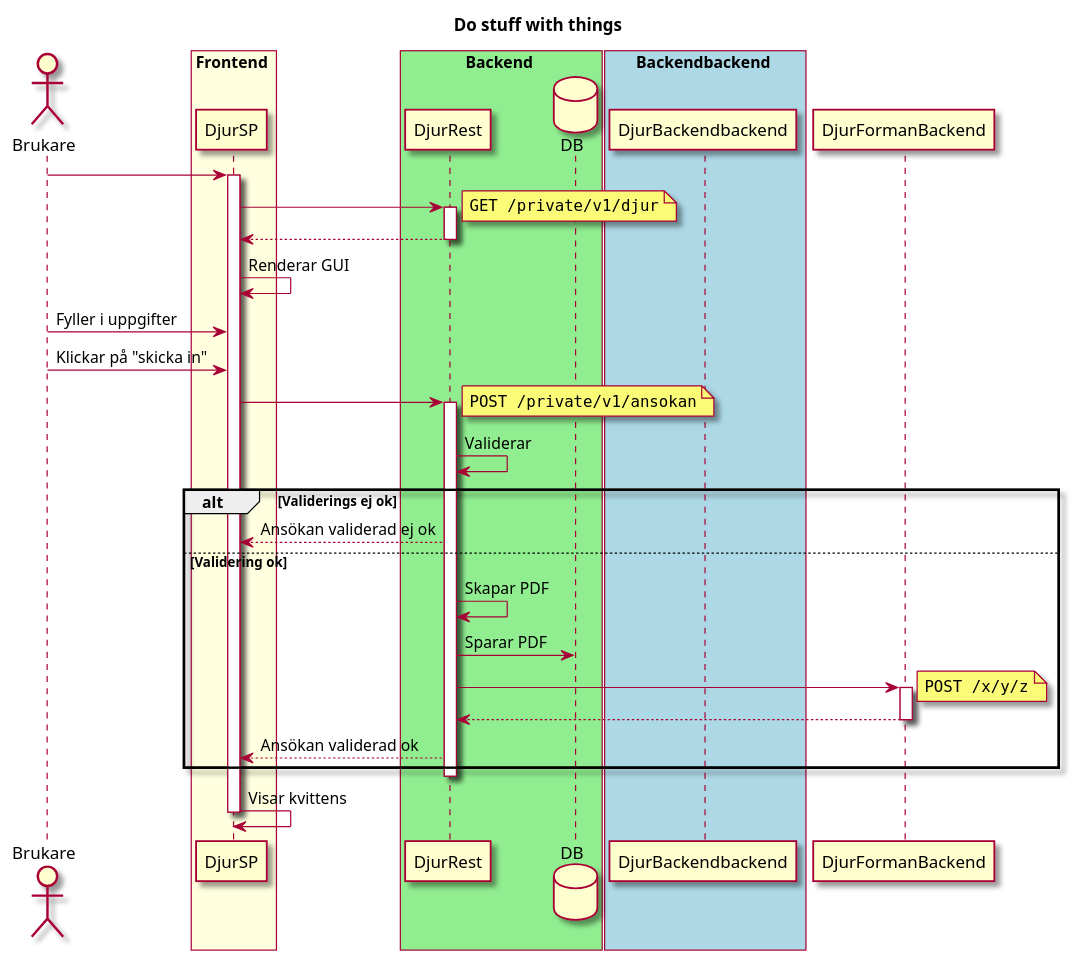
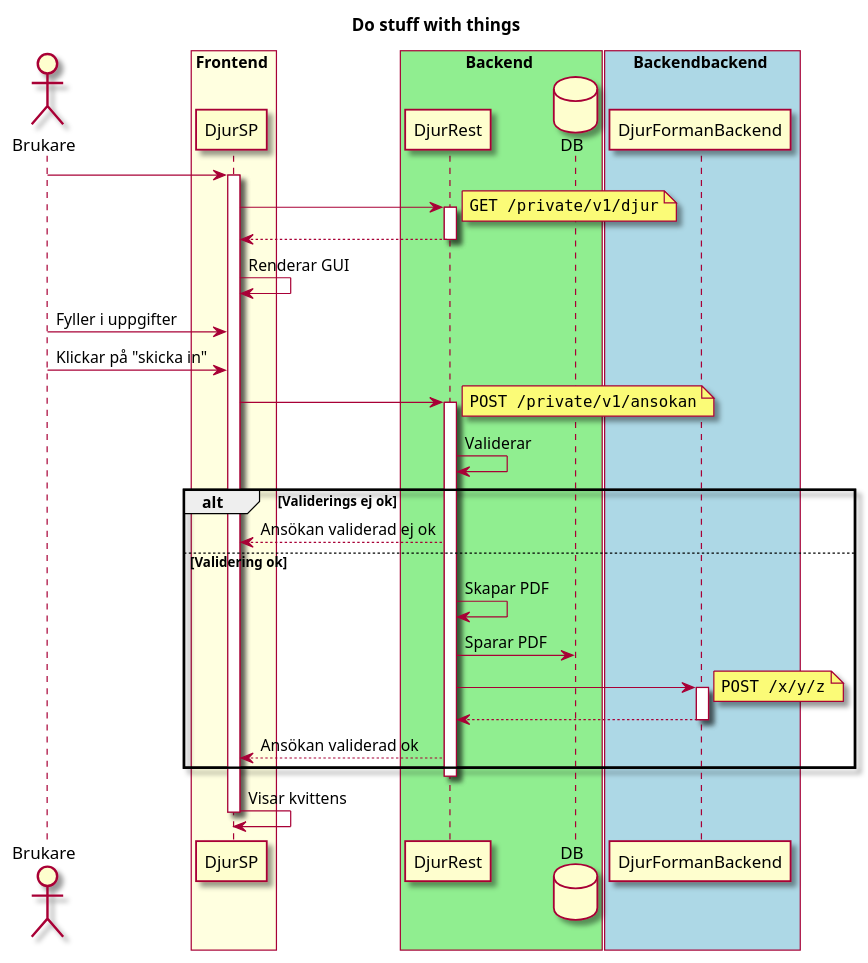
The diagram in docs/sequence-diagram.plantuml (Forsakringskassan/template-jar), drawn with PlantUML before and after one commit.

```diff
--- a/docs/sequence-diagram.plantuml
+++ b/docs/sequence-diagram.plantuml
@@ -1,58 +1,58 @@
 @startuml sequence-diagram
 title Do stuff with things
 
 skin rose
 
 actor Brukare
 
 box Frontend #LightYellow
     participant DjurSP
 end box
 
 box Backend #LightGreen
     participant DjurRest
     database DB
 end box
 
 box Backendbackend #LightBlue
-    participant DjurBackendbackend
+    participant DjurFormanBackend
 end box
 
 Brukare -> DjurSP
 activate DjurSP
     DjurSP -> DjurRest
     activate DjurRest
         note right: ""GET /private/v1/djur""
         DjurRest --> DjurSP
     deactivate DjurRest
 
     DjurSP -> DjurSP: Renderar GUI
 
     Brukare -> DjurSP: Fyller i uppgifter
 
     Brukare -> DjurSP: Klickar på "skicka in"
 
     DjurSP -> DjurRest
     activate DjurRest
         note right: ""POST /private/v1/ansokan""
         DjurRest -> DjurRest: Validerar
 
         alt Validerings ej ok
             DjurRest --> DjurSP: Ansökan validerad ej ok
         else Validering ok
             DjurRest -> DjurRest: Skapar PDF
             DjurRest -> DB: Sparar PDF
 
             DjurRest -> DjurFormanBackend
             activate DjurFormanBackend
                 note right: ""POST /x/y/z""
                 DjurFormanBackend --> DjurRest
             deactivate DjurFormanBackend
 
             DjurRest --> DjurSP: Ansökan validerad ok
         end
     deactivate DjurRest
 
     DjurSP -> DjurSP: Visar kvittens
 deactivate DjurSP
 @enduml
```
